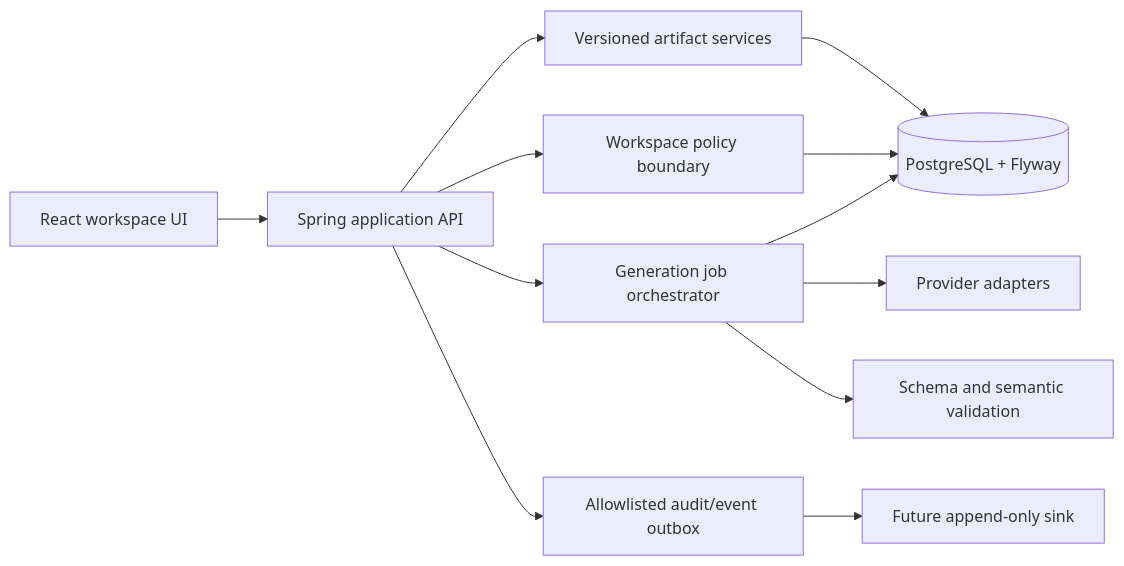
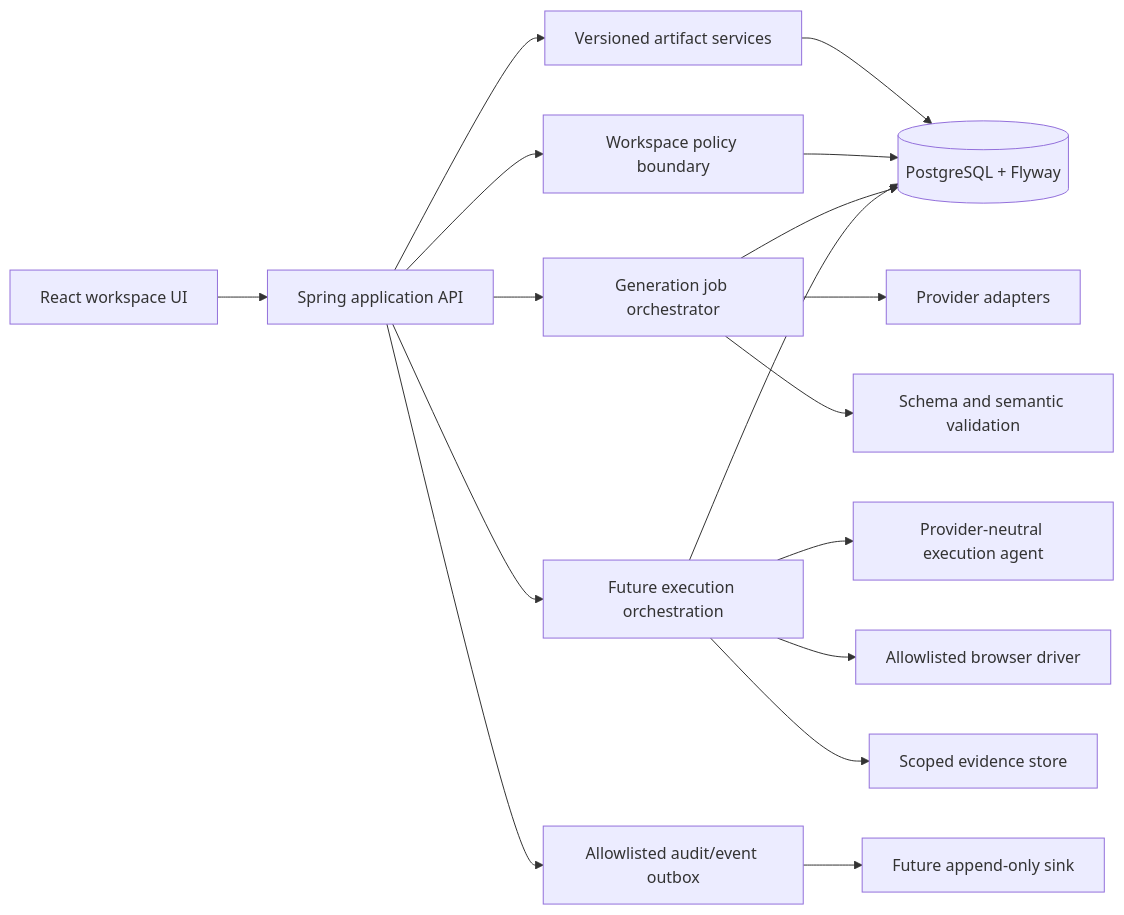
One commit to DWilliams-codes/AITestCaseGeneratorDemo changed the diagram in docs/architecture/target-architecture.md. Above: the diagram before and after it, drawn with Mermaid. The commit also changed other lines of this file and 5 other files, not shown here.

````diff
--- a/docs/architecture/target-architecture.md
+++ b/docs/architecture/target-architecture.md
@@ -9,14 +9,19 @@
 ```mermaid
 flowchart LR
   UI["React workspace UI"] --> API["Spring application API"]
   API --> Policy["Workspace policy boundary"]
   API --> Artifacts["Versioned artifact services"]
   API --> Jobs["Generation job orchestrator"]
   Jobs --> Provider["Provider adapters"]
   Jobs --> Validate["Schema and semantic validation"]
+  API --> Execution["Future execution orchestration"]
+  Execution --> Agent["Provider-neutral execution agent"]
+  Execution --> Browser["Allowlisted browser driver"]
+  Execution --> Evidence["Scoped evidence store"]
   Artifacts --> DB[("PostgreSQL + Flyway")]
   Policy --> DB
   Jobs --> DB
+  Execution --> DB
   API --> Audit["Allowlisted audit/event outbox"]
   Audit --> Sink["Future append-only sink"]
 ```
````
